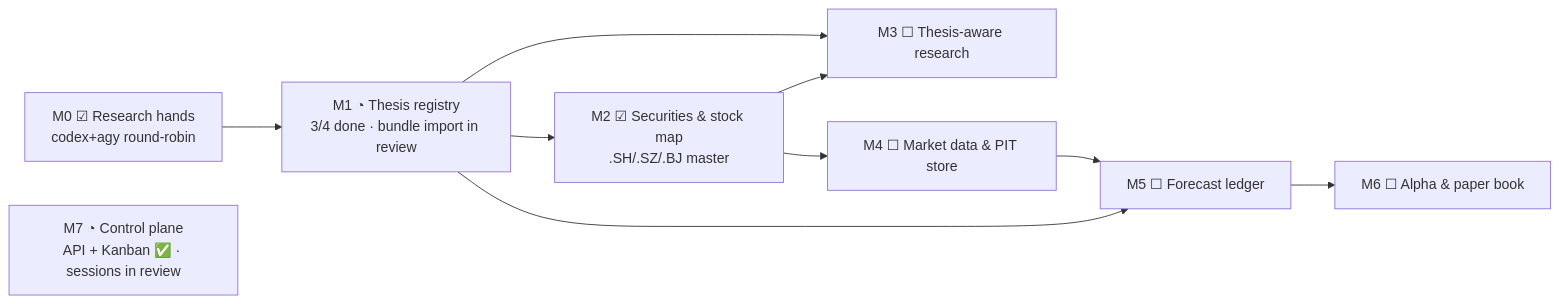
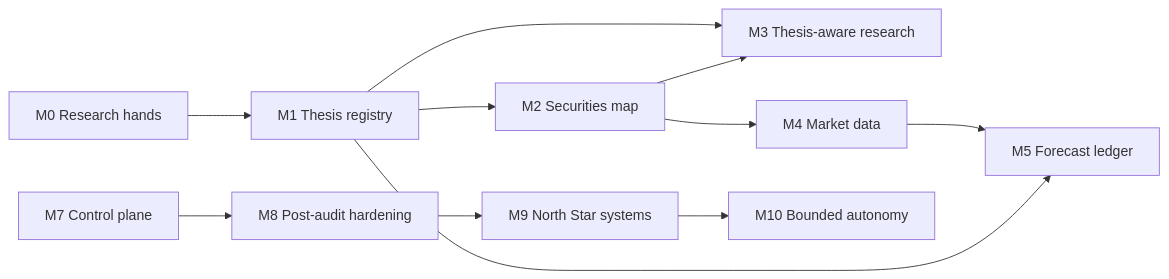
One commit to dmquant/institute-one changed the first of 2 diagrams in README.md. Above: the diagram before and after it, drawn with Mermaid. The commit also changed other lines of this file and 15 other files, not shown here.

Commit message:
Add roadmap acceptance protocol: safe reconciliation + idempotent creates (M7-011)

````diff
--- a/README.md
+++ b/README.md
@@ -159,15 +159,18 @@
 ```mermaid
 flowchart LR
-    M0["M0 ☑ Research hands<br/>codex+agy round-robin"]
-    M1["M1 ◔ Thesis registry<br/>3/4 done · bundle import in review"]
-    M2["M2 ☑ Securities & stock map<br/>.SH/.SZ/.BJ master"]
-    M3["M3 ☐ Thesis-aware research"]
-    M4["M4 ☐ Market data & PIT store"]
-    M5["M5 ☐ Forecast ledger"]
-    M6["M6 ☐ Alpha & paper book"]
-    M7["M7 ◔ Control plane<br/>API + Kanban ✅ · sessions in review"]
+    M0["M0 Research hands"]
+    M1["M1 Thesis registry"]
+    M2["M2 Securities map"]
+    M3["M3 Thesis-aware research"]
+    M4["M4 Market data"]
+    M5["M5 Forecast ledger"]
+    M7["M7 Control plane"]
+    M8["M8 Post-audit hardening"]
+    M9["M9 North Star systems"]
+    M10["M10 Bounded autonomy"]
     M0 --> M1 --> M2
     M1 & M2 --> M3
-    M2 --> M4 --> M5 --> M6
+    M2 --> M4 --> M5
     M1 --> M5
+    M7 --> M8 --> M9 --> M10
 ```
````
